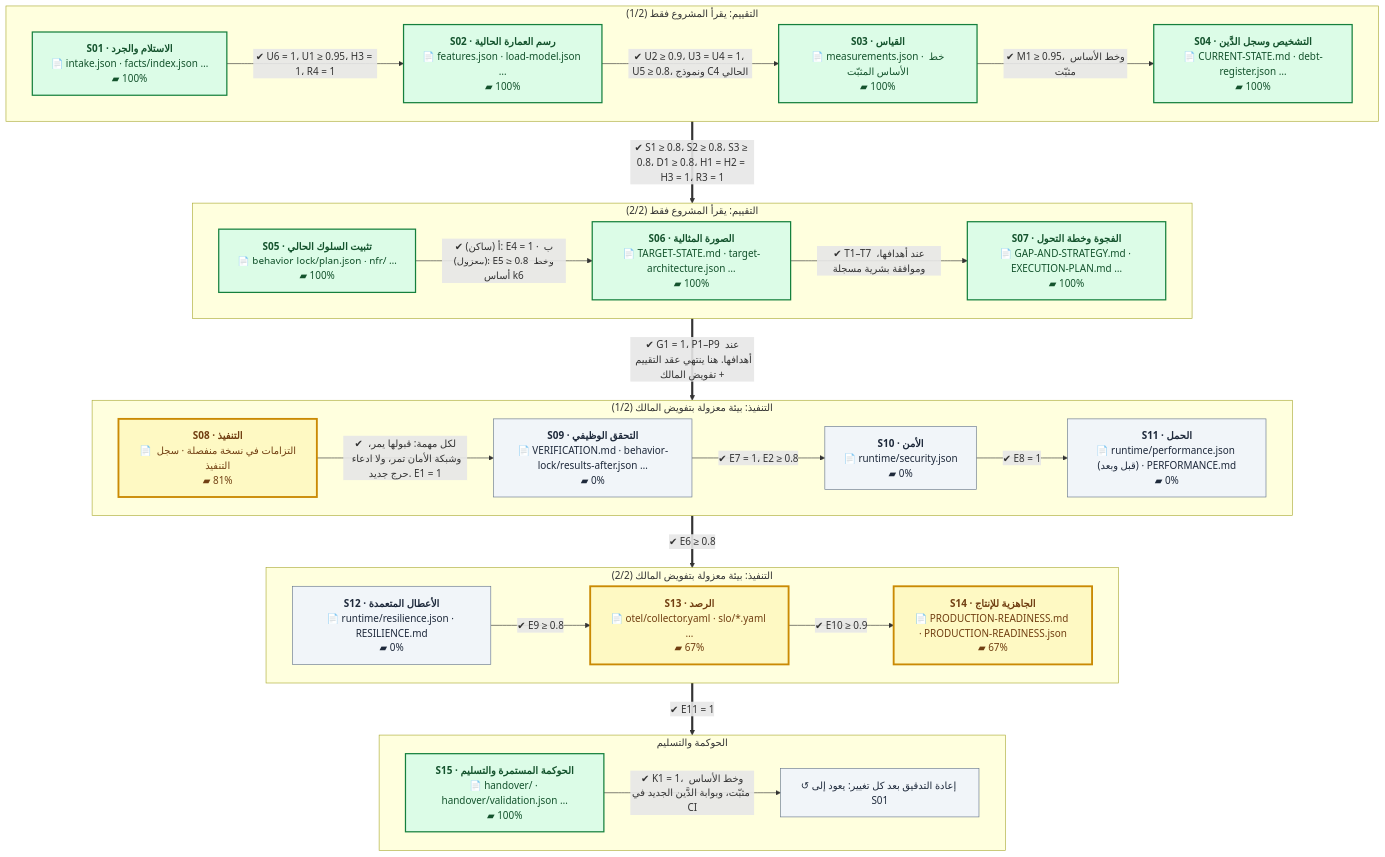
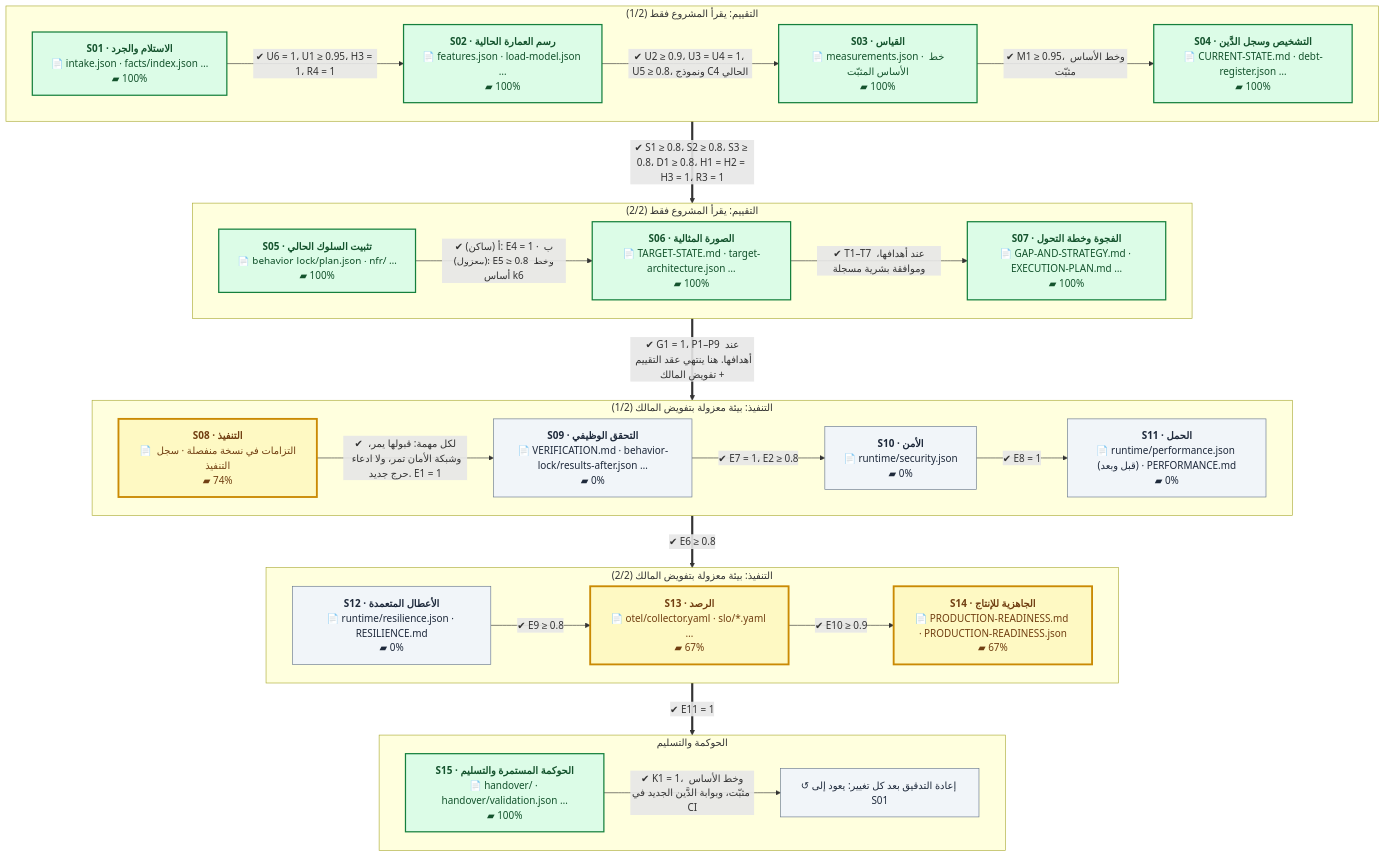
The first of 2 diagrams in README.md (eom1417/engineering-audit-os), drawn with Mermaid before and after one commit. The commit also changed other lines of this file and 4 other files, not shown here.

````diff
--- a/README.md
+++ b/README.md
@@ -52,54 +52,54 @@
 ```mermaid
 %%{init: {'flowchart': {'wrappingWidth': 260, 'nodeSpacing': 40, 'rankSpacing': 60}}}%%
 flowchart TB
     subgraph P1["التقييم: يقرأ المشروع فقط (1/2)"]
         direction LR
         S01["<b>S01 · الاستلام والجرد</b><br/>📄 intake.json · facts/index.json …<br/>▰ 100%"]:::done
         S02["<b>S02 · رسم العمارة الحالية</b><br/>📄 features.json · load-model.json …<br/>▰ 100%"]:::done
         S03["<b>S03 · القياس</b><br/>📄 measurements.json · خط الأساس المثبّت<br/>▰ 100%"]:::done
         S04["<b>S04 · التشخيص وسجل الدَّين</b><br/>📄 CURRENT-STATE.md · debt-register.json …<br/>▰ 100%"]:::done
         S01 -->|"✔ U6 = 1، U1 ≥ 0.95، H3 = 1، R4 = 1"| S02
         S02 -->|"✔ U2 ≥ 0.9، U3 = U4 = 1، U5 ≥ 0.8، ونموذج C4 الحالي"| S03
         S03 -->|"✔ M1 ≥ 0.95، وخط الأساس مثبّت"| S04
     end
     subgraph P2["التقييم: يقرأ المشروع فقط (2/2)"]
         direction LR
         S05["<b>S05 · تثبيت السلوك الحالي</b><br/>📄 behavior-lock/plan.json · nfr/ …<br/>▰ 100%"]:::done
         S06["<b>S06 · الصورة المثالية</b><br/>📄 TARGET-STATE.md · target-architecture.json …<br/>▰ 100%"]:::done
         S07["<b>S07 · الفجوة وخطة التحول</b><br/>📄 GAP-AND-STRATEGY.md · EXECUTION-PLAN.md …<br/>▰ 100%"]:::done
         S05 -->|"✔ أ (ساكن): E4 = 1 · ب (معزول): E5 ≥ 0.8 وخط أساس k6"| S06
         S06 -->|"✔ T1–T7 عند أهدافها، وموافقة بشرية مسجلة"| S07
     end
     subgraph P3["التنفيذ: بيئة معزولة بتفويض المالك (1/2)"]
         direction LR
-        S08["<b>S08 · التنفيذ</b><br/>📄 التزامات في نسخة منفصلة · سجل التنفيذ<br/>▰ 81%"]:::current
+        S08["<b>S08 · التنفيذ</b><br/>📄 التزامات في نسخة منفصلة · سجل التنفيذ<br/>▰ 74%"]:::current
         S09["<b>S09 · التحقق الوظيفي</b><br/>📄 VERIFICATION.md · behavior-lock/results-after.json …<br/>▰ 0%"]:::next
         S10["<b>S10 · الأمن</b><br/>📄 runtime/security.json<br/>▰ 0%"]:::next
         S11["<b>S11 · الحمل</b><br/>📄 runtime/performance.json (قبل وبعد) · PERFORMANCE.md<br/>▰ 0%"]:::next
         S08 -->|"✔ لكل مهمة: قبولها يمر، وشبكة الأمان تمر، ولا ادعاء حرج جديد. E1 = 1"| S09
         S09 -->|"✔ E7 = 1، E2 ≥ 0.8"| S10
         S10 -->|"✔ E8 = 1"| S11
     end
     subgraph P4["التنفيذ: بيئة معزولة بتفويض المالك (2/2)"]
         direction LR
         S12["<b>S12 · الأعطال المتعمدة</b><br/>📄 runtime/resilience.json · RESILIENCE.md<br/>▰ 0%"]:::next
         S13["<b>S13 · الرصد</b><br/>📄 otel/collector.yaml · slo/*.yaml …<br/>▰ 67%"]:::current
         S14["<b>S14 · الجاهزية للإنتاج</b><br/>📄 PRODUCTION-READINESS.md · PRODUCTION-READINESS.json<br/>▰ 67%"]:::current
         S12 -->|"✔ E9 ≥ 0.8"| S13
         S13 -->|"✔ E10 ≥ 0.9"| S14
     end
     subgraph P5["الحوكمة والتسليم"]
         direction LR
         S15["<b>S15 · الحوكمة المستمرة والتسليم</b><br/>📄 handover/ · handover/validation.json …<br/>▰ 100%"]:::done
         LOOP["↺ إعادة التدقيق بعد كل تغيير: يعود إلى S01"]:::next
         S15 -->|"✔ K1 = 1، وخط الأساس مثبّت، وبوابة الدَّين الجديد في CI"| LOOP
     end
     P1 ==>|"✔ S1 ≥ 0.8، S2 ≥ 0.8، S3 ≥ 0.8، D1 ≥ 0.8، H1 = H2 = H3 = 1، R3 = 1"| P2
     P2 ==>|"✔ G1 = 1، P1–P9 عند أهدافها. هنا ينتهي عقد التقييم + تفويض المالك"| P3
     P3 ==>|"✔ E6 ≥ 0.8"| P4
     P4 ==>|"✔ E11 = 1"| P5
     classDef done fill:#dcfce7,stroke:#15803d,color:#14532d,stroke-width:2px
     classDef current fill:#fef9c3,stroke:#ca8a04,color:#713f12,stroke-width:3px
     classDef next fill:#f1f5f9,stroke:#64748b,color:#1e293b
     classDef owner fill:#fee2e2,stroke:#b91c1c,color:#7f1d1d,stroke-dasharray:5 3
 ```
````
